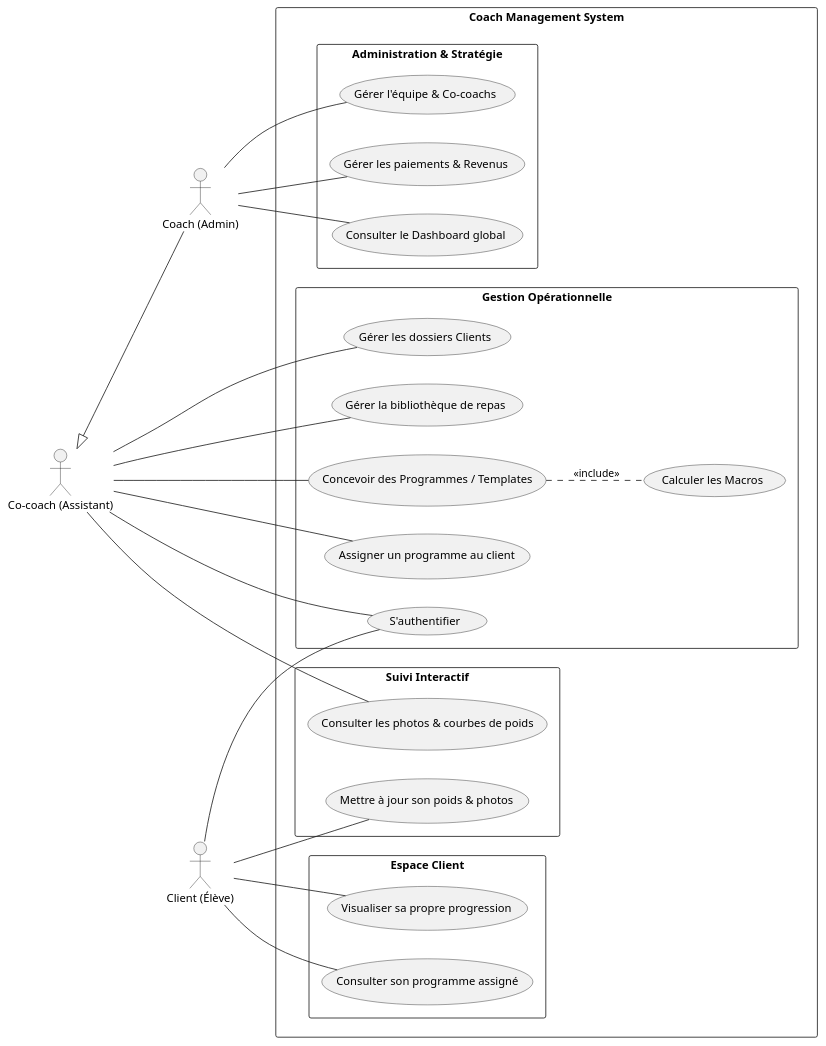
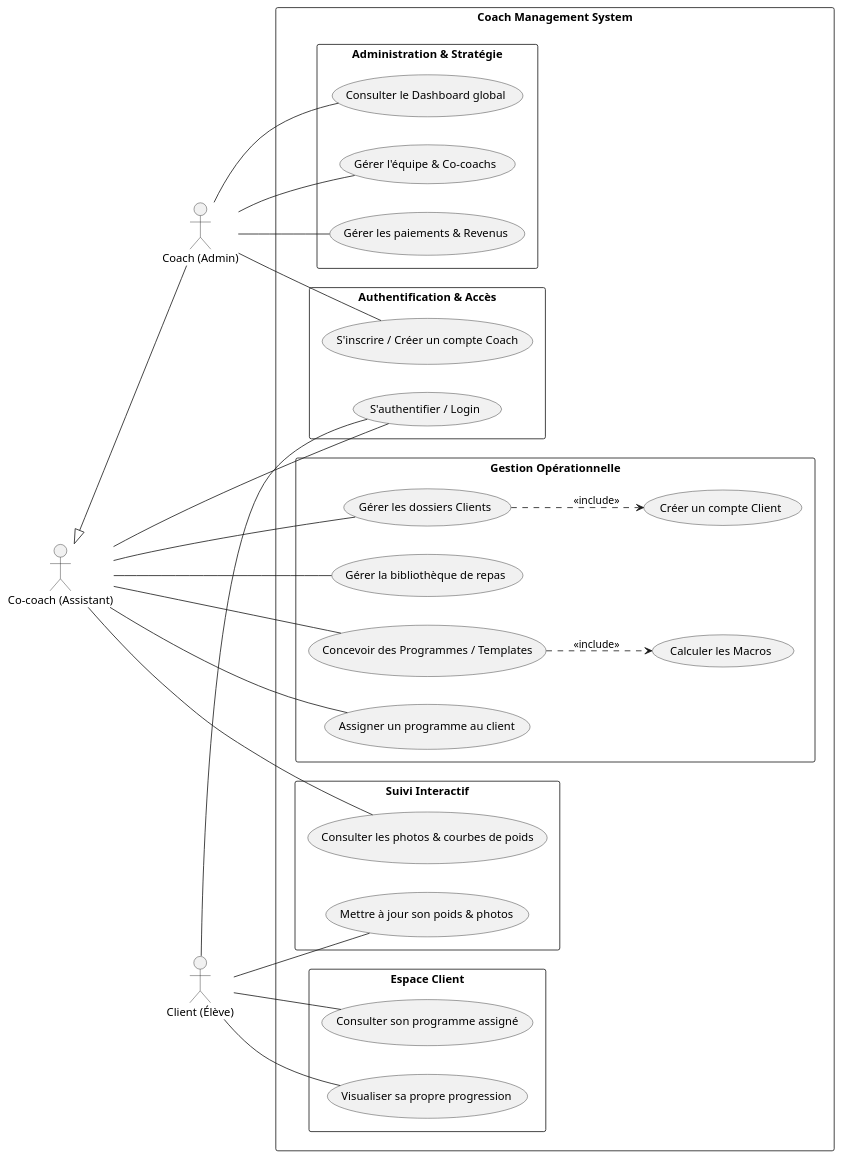
Before and after one commit to BenTaleb-Mehdi/Project-PFE: the diagram in Analyse/usecase-diagramme/global-use-case.plantuml, drawn with PlantUML. The commit also changed 15 other files, not shown here.

Commit message:
feat: Add initial UI mockups for client and admin portals, agent documentation, and a global use case diagram.

```diff
--- a/Analyse/usecase-diagramme/global-use-case.plantuml
+++ b/Analyse/usecase-diagramme/global-use-case.plantuml
@@ -1,40 +1,49 @@
 @startuml
 left to right direction
 skinparam packageStyle rectangle
 skinparam shadowing false
 
 actor "Coach (Admin)" as Admin
 actor "Co-coach (Assistant)" as Staff
 actor "Client (Élève)" as Client
 
+' Inheritance: Admin can do everything Staff can do
 Staff <|-- Admin
 
 rectangle "Coach Management System" {
   
+  package "Authentification & Accès" {
+    (S'inscrire / Créer un compte Coach) as SignupCoach
+    (S'authentifier / Login) as Login
+    
+    Admin -- SignupCoach
+    Staff -- Login
+    Client -- Login
+  }
+
   package "Administration & Stratégie" {
     Admin -- (Gérer l'équipe & Co-coachs)
     Admin -- (Gérer les paiements & Revenus)
     Admin -- (Consulter le Dashboard global)
   }
   
   package "Gestion Opérationnelle" {
-    Staff -- (S'authentifier)
     Staff -- (Gérer les dossiers Clients)
+    (Gérer les dossiers Clients) ..> (Créer un compte Client) : <<include>>
     Staff -- (Gérer la bibliothèque de repas)
     Staff -- (Concevoir des Programmes / Templates)
-    (Concevoir des Programmes / Templates) .. (Calculer les Macros) : <<include>>
+    (Concevoir des Programmes / Templates) ..> (Calculer les Macros) : <<include>>
     Staff -- (Assigner un programme au client)
   }
 
   package "Suivi Interactif" {
     Staff -- (Consulter les photos & courbes de poids)
     Client -- (Mettre à jour son poids & photos)
   }
 
   package "Espace Client" {
-    Client -- (S'authentifier)
     Client -- (Consulter son programme assigné)
     Client -- (Visualiser sa propre progression)
   }
 }
 @enduml
```
